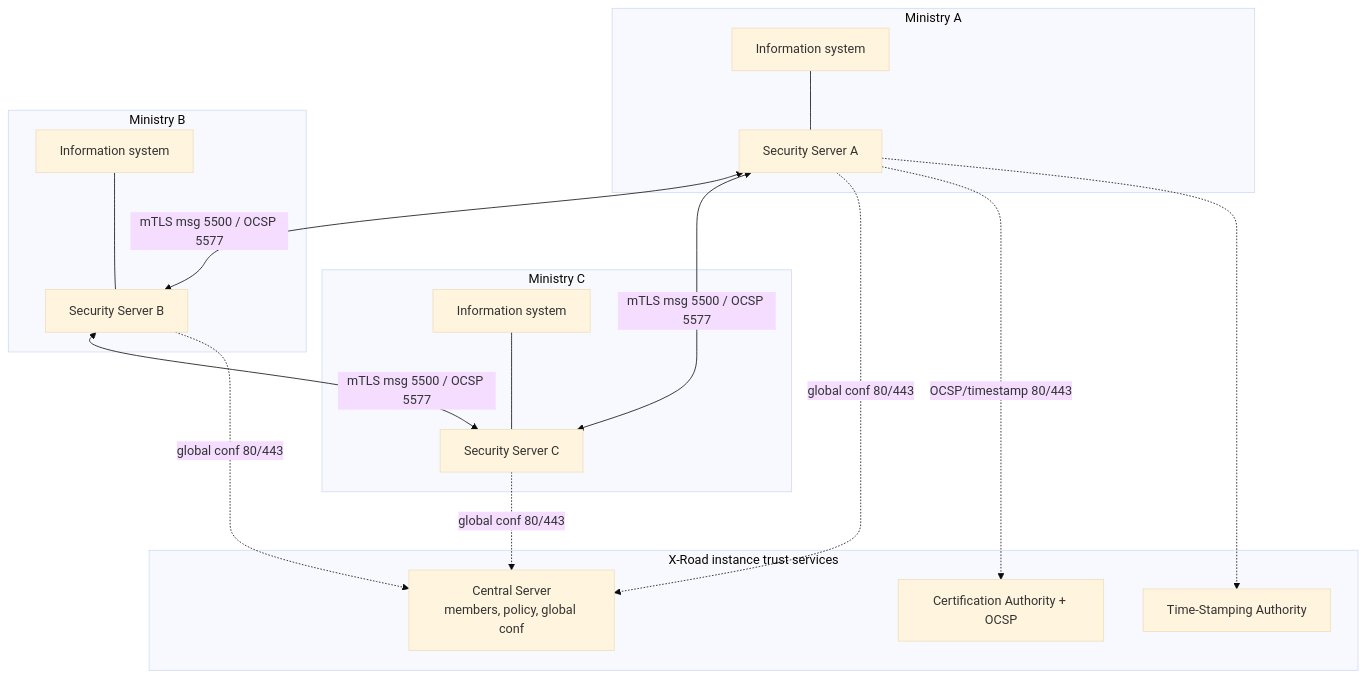
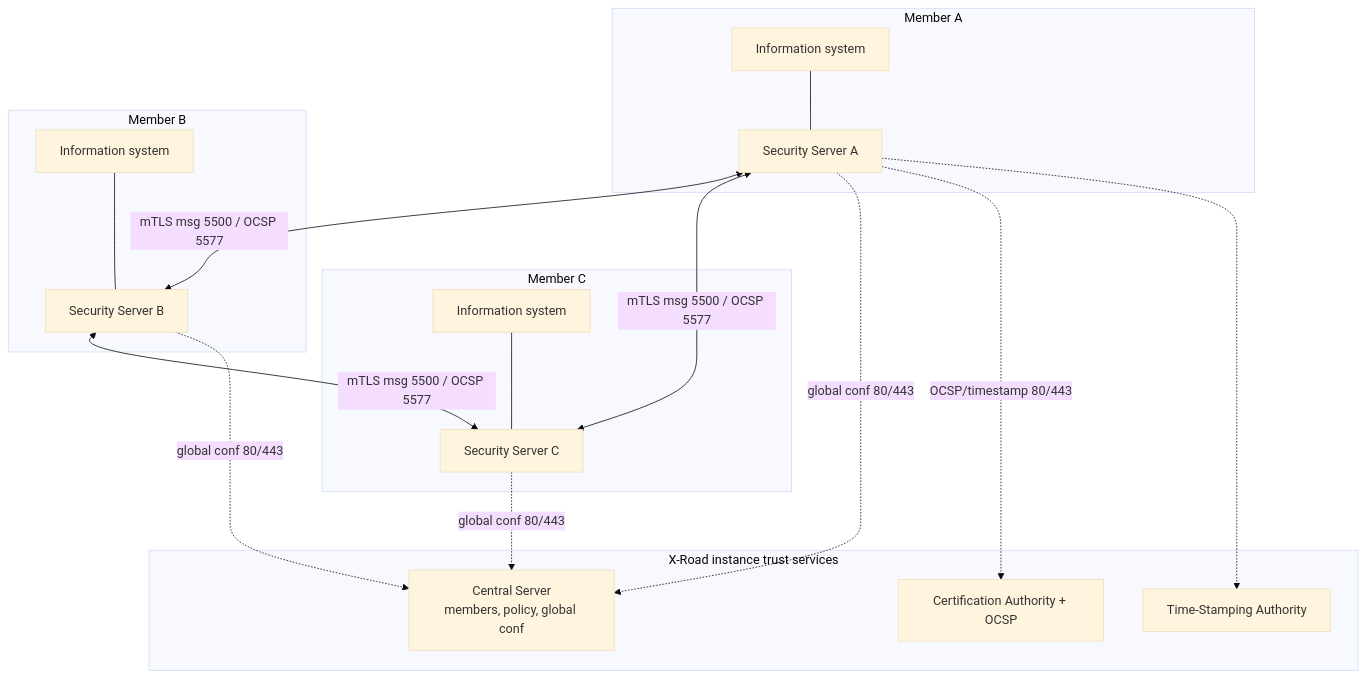
One commit to paulo-amaral/xroad-simulator changed the second of 3 diagrams in docs/diagrams.md. Above: the diagram before and after it, drawn with Mermaid (base theme). The commit also changed other lines of this file and 13 other files, not shown here.

````diff
--- a/docs/diagrams.md
+++ b/docs/diagrams.md
@@ -67,28 +67,28 @@
 ```mermaid
 graph TB
     subgraph Trust[X-Road instance trust services]
         CS[Central Server<br/>members, policy, global conf]
         CA[Certification Authority + OCSP]
         TSA[Time-Stamping Authority]
     end
 
-    subgraph MinA[Ministry A]
+    subgraph MinA[Member A]
         ISA[Information system] --- SSA[Security Server A]
     end
-    subgraph MinB[Ministry B]
+    subgraph MinB[Member B]
         ISB[Information system] --- SSB[Security Server B]
     end
-    subgraph MinC[Ministry C]
+    subgraph MinC[Member C]
         ISC[Information system] --- SSC[Security Server C]
     end
 
     SSA <-->|"mTLS msg 5500 / OCSP 5577"| SSB
     SSB <-->|"mTLS msg 5500 / OCSP 5577"| SSC
     SSA <-->|"mTLS msg 5500 / OCSP 5577"| SSC
 
     SSA -.->|"global conf 80/443"| CS
     SSB -.->|"global conf 80/443"| CS
     SSC -.->|"global conf 80/443"| CS
     SSA -.->|"OCSP/timestamp 80/443"| CA
     SSA -.-> TSA
 ```
````
